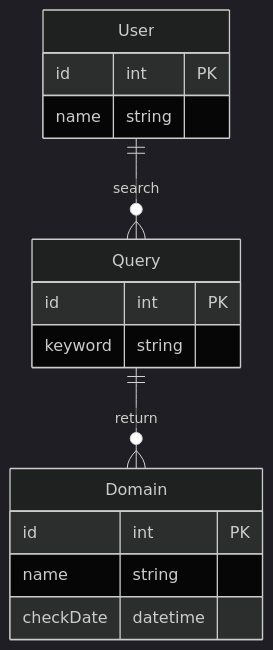
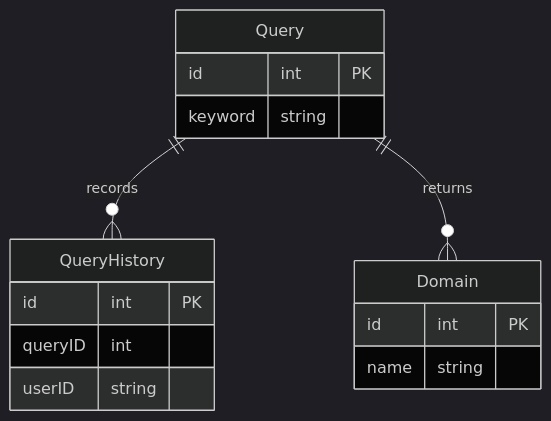
The diagram in docs/erd.md (copolio/namegpt), drawn with Mermaid (dark theme) before and after one commit. The commit also changed 3 other files, not shown here.

Commit message:
feat: updated erd and entity

````diff
--- a/docs/erd.md
+++ b/docs/erd.md
@@ -2,19 +2,20 @@
 ```mermaid
 erDiagram
-    User {
-      id int PK
-      name string
-    }
     Query {
       id int PK
       keyword string
     }
+    QueryHistory {
+        id int PK
+        queryID int
+        userID string
+    }
     Domain {
       id int PK
       name string
-      checkDate datetime
     }
 
-    User ||--o{ Query: search
-    Query ||--o{ Domain: return
+    Query ||--o{ QueryHistory : records
+    Query ||--o{ Domain : returns
+    
 ```
````
